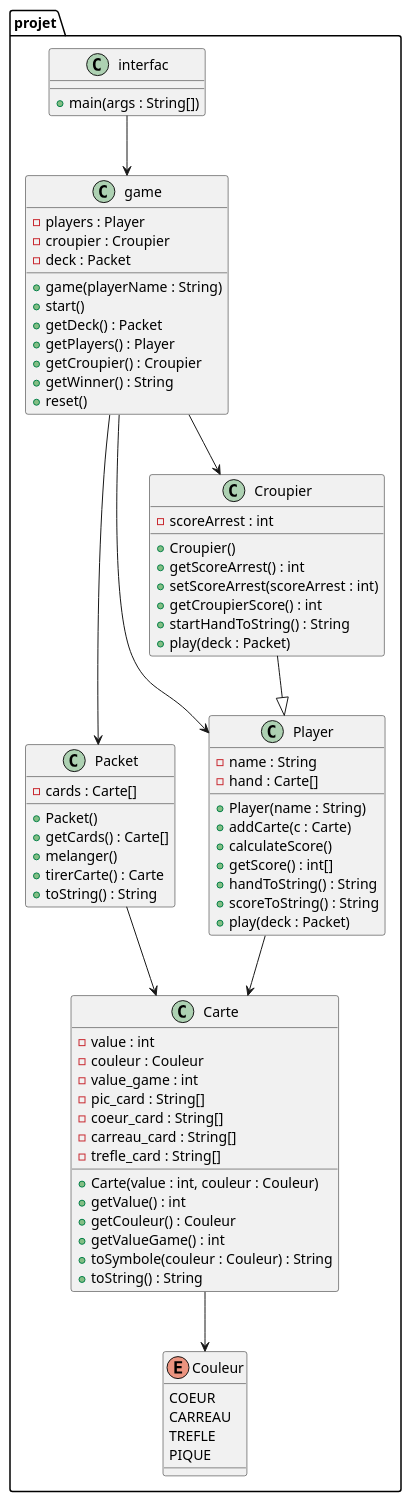
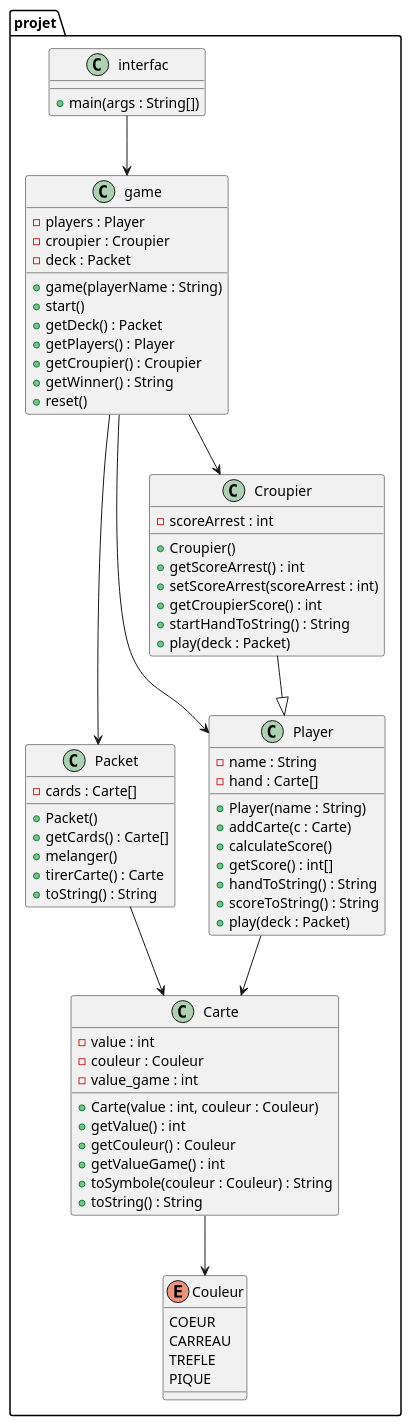
Before and after one commit to Bernier-malik/black_Jack-java: the diagram in README.md, drawn with PlantUML. The commit also changed other lines of this file, not shown here.

Commit message:
last comit

```diff
--- a/README.md
+++ b/README.md
@@ -36,10 +36,6 @@
     - value : int
     - couleur : Couleur
     - value_game : int
-    - pic_card : String[]
-    - coeur_card : String[]
-    - carreau_card : String[]
-    - trefle_card : String[]
     + Carte(value : int, couleur : Couleur)
     + getValue() : int
     + getCouleur() : Couleur
```
